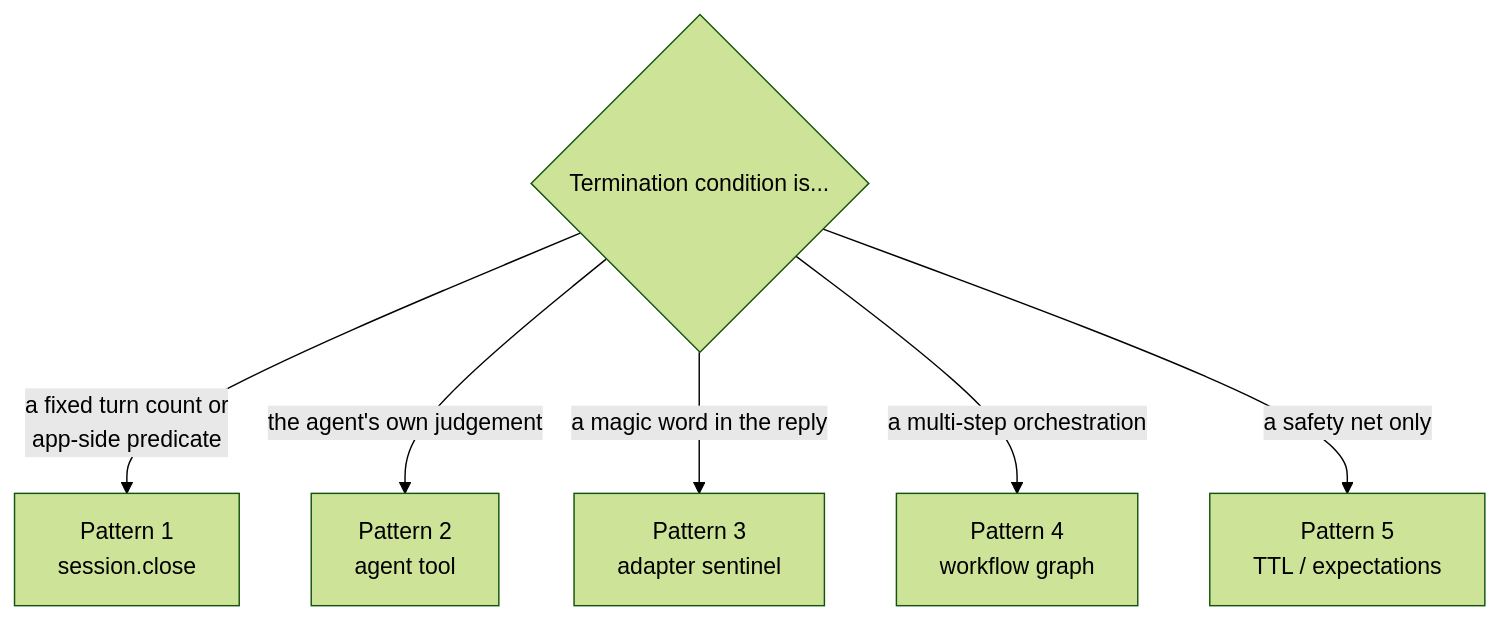
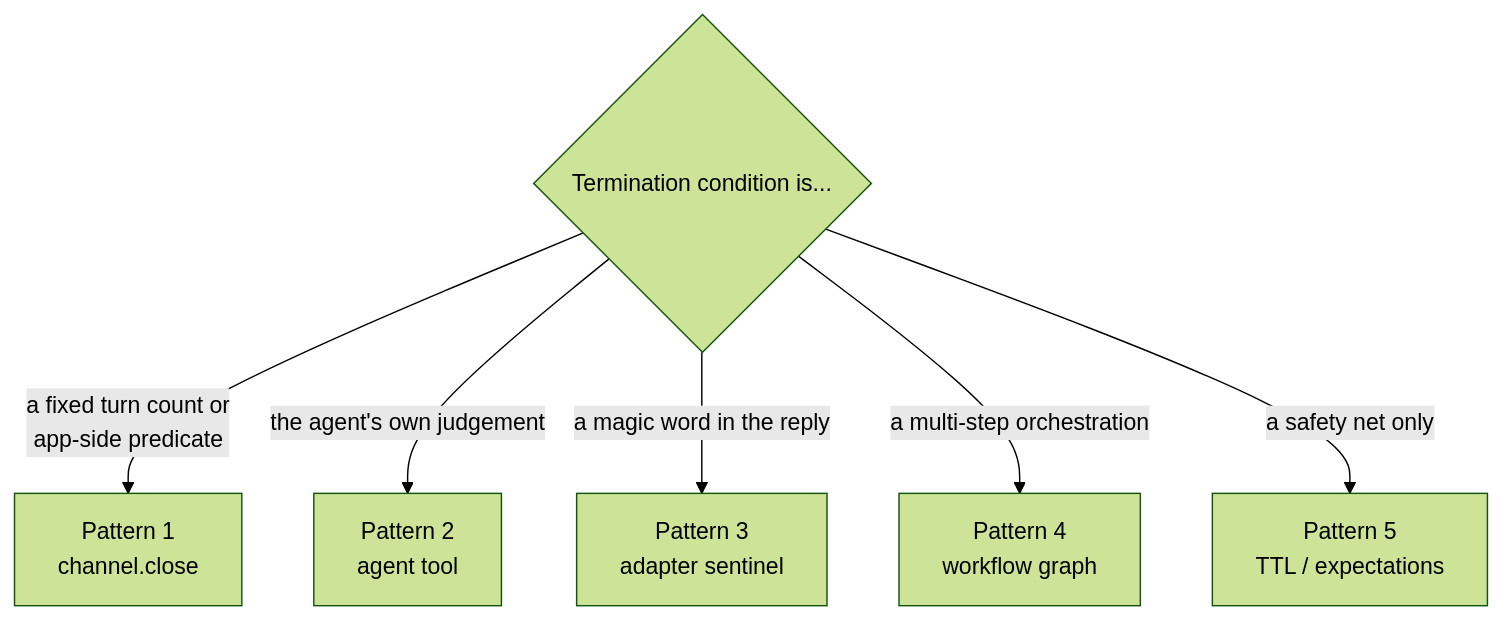
Before and after one commit to shaneholloman/ag2: the second of 2 diagrams in website/docs/beta/network/termination.mdx, drawn with Mermaid (forest theme). The commit also changed other lines of this file and 100 other files, not shown here.

````diff
--- a/website/docs/beta/network/termination.mdx
+++ b/website/docs/beta/network/termination.mdx
@@ -189,9 +189,9 @@
 ```mermaid
 flowchart TD
     Q1{Termination condition is...}
-    Q1 -->|a fixed turn count or<br/>app-side predicate| P1[Pattern 1<br/>session.close]
+    Q1 -->|a fixed turn count or<br/>app-side predicate| P1[Pattern 1<br/>channel.close]
     Q1 -->|the agent's own judgement| P2[Pattern 2<br/>agent tool]
     Q1 -->|a magic word in the reply| P3[Pattern 3<br/>adapter sentinel]
     Q1 -->|a multi-step orchestration| P4[Pattern 4<br/>workflow graph]
     Q1 -->|a safety net only| P5[Pattern 5<br/>TTL / expectations]
 ```
````
